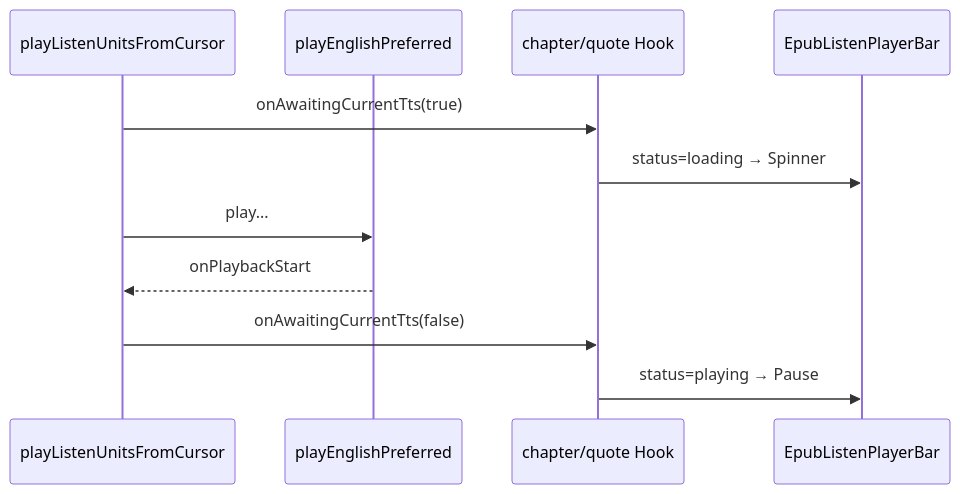
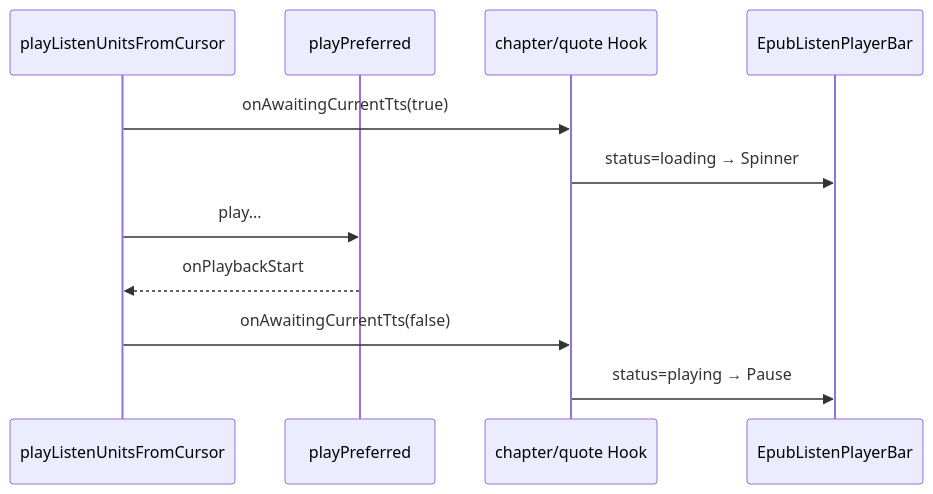
Before and after one commit to dnhyxc/dnhyxc-ai: the diagram in docs/ebook/epub-listen-play-loading.md, drawn with Mermaid. The commit also changed other lines of this file and 111 other files, not shown here.

````diff
--- a/docs/ebook/epub-listen-play-loading.md
+++ b/docs/ebook/epub-listen-play-loading.md
@@ -41,13 +41,13 @@
 ```mermaid
 sequenceDiagram
   participant Units as playListenUnitsFromCursor
-  participant Tts as playEnglishPreferred
+  participant Tts as playPreferred
   participant Hook as chapter/quote Hook
   participant Bar as EpubListenPlayerBar
   Units->>Hook: onAwaitingCurrentTts(true)
   Hook->>Bar: status=loading → Spinner
   Units->>Tts: play...
   Tts-->>Units: onPlaybackStart
   Units->>Hook: onAwaitingCurrentTts(false)
   Hook->>Bar: status=playing → Pause
 ```
````
